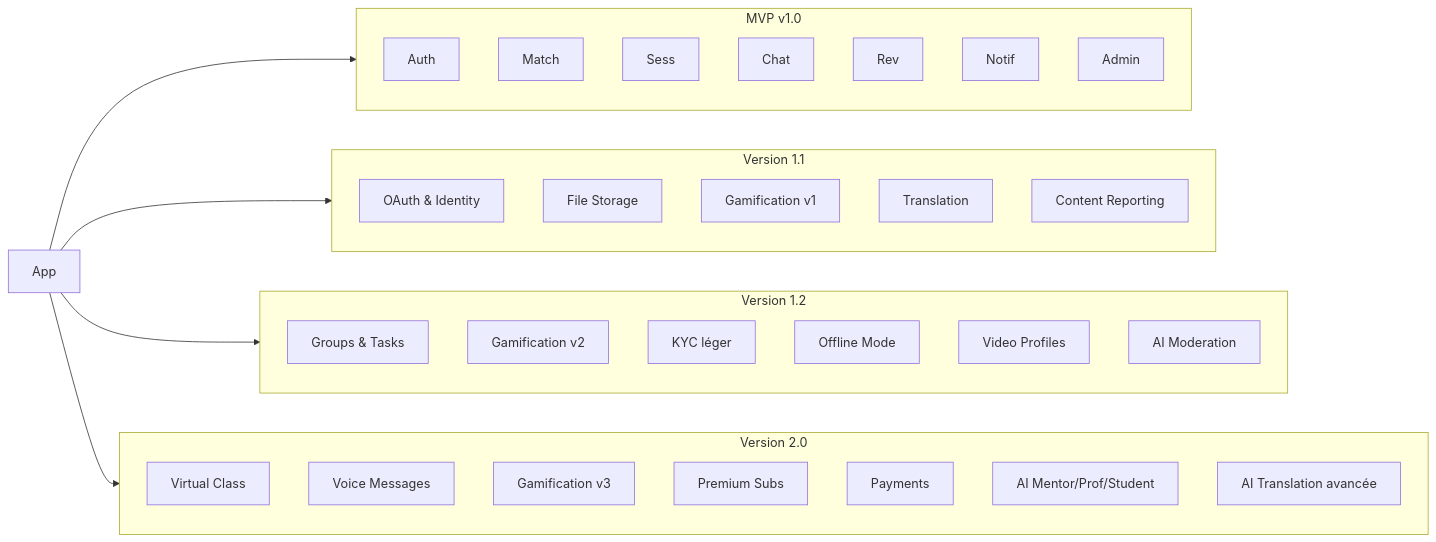
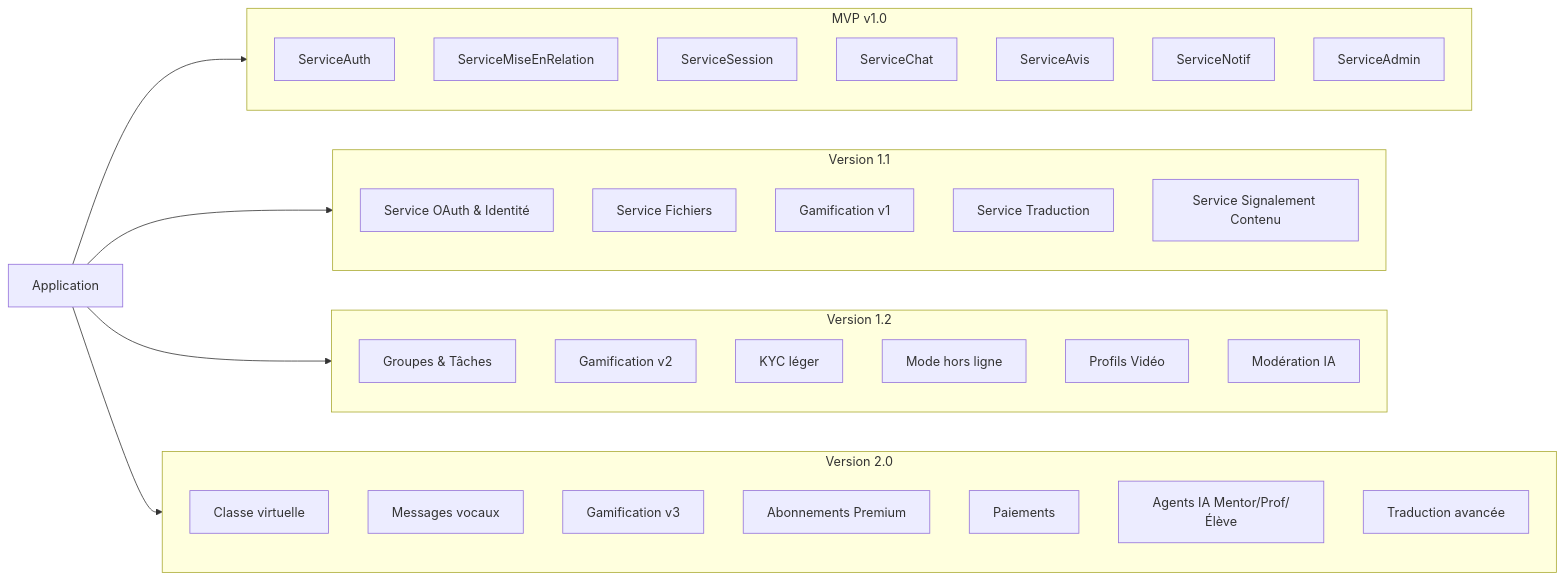
One commit to youcisla/SwapSkill changed the fourth of 8 diagrams in README.md. Above: the diagram before and after it, drawn with Mermaid. The commit also changed other lines of this file, not shown here.

````diff
--- a/README.md
+++ b/README.md
@@ -226,44 +227,44 @@
 ```mermaid
 flowchart LR
-	subgraph Core_v1_0 [MVP v1.0]
-		Auth
-		Match
-		Sess
-		Chat
-		Rev
-		Notif
-		Admin
+	subgraph Noyau_v1_0 [MVP v1.0]
+		ServiceAuth
+		ServiceMiseEnRelation
+		ServiceSession
+		ServiceChat
+		ServiceAvis
+		ServiceNotif
+		ServiceAdmin
 	end
 
-	subgraph v1_1 [Version 1.1]
-		OAuth[OAuth & Identity]
-		Files[File Storage]
-		Gam1[Gamification v1]
-		Trans1[Translation]
-		Reports[Content Reporting]
+	subgraph Version_1_1 [Version 1.1]
+		ServiceOAuth[Service OAuth & Identité]
+		ServiceFichiers[Service Fichiers]
+		ServiceGamif1[Gamification v1]
+		ServiceTraduction1[Service Traduction]
+		ServiceSignalement[Service Signalement Contenu]
 	end
 
-	subgraph v1_2 [Version 1.2]
-		Groups[Groups & Tasks]
-		Gam2[Gamification v2]
-		KYC[KYC léger]
-		Offline[Offline Mode]
-		VProf[Video Profiles]
-		AIMod[AI Moderation]
+	subgraph Version_1_2 [Version 1.2]
+		ServiceGroupes[Groupes & Tâches]
+		ServiceGamif2[Gamification v2]
+		ServiceKYC[KYC léger]
+		ServiceHorsLigne[Mode hors ligne]
+		ServiceVideoProfil[Profils Vidéo]
+		ServiceModerationIA[Modération IA]
 	end
 
-	subgraph v2_0 [Version 2.0]
-		Video[Virtual Class]
-		Voice[Voice Messages]
-		Gam3[Gamification v3]
-		Subs[Premium Subs]
-		Pay[Payments]
-		AIAgents[AI Mentor/Prof/Student]
-		Trans2[AI Translation avancée]
+	subgraph Version_2_0 [Version 2.0]
+		ServiceClasseVirtuelle[Classe virtuelle]
+		ServiceVocaux[Messages vocaux]
+		ServiceGamif3[Gamification v3]
+		ServiceAbonnements[Abonnements Premium]
+		ServicePaiements[Paiements]
+		ServiceAgentsIA[Agents IA Mentor/Prof/Élève]
+		ServiceTraduction2[Traduction avancée]
 	end
 
-	App --> Core_v1_0
-	App --> v1_1
-	App --> v1_2
-	App --> v2_0
+	Application --> Noyau_v1_0
+	Application --> Version_1_1
+	Application --> Version_1_2
+	Application --> Version_2_0
 ```
````
